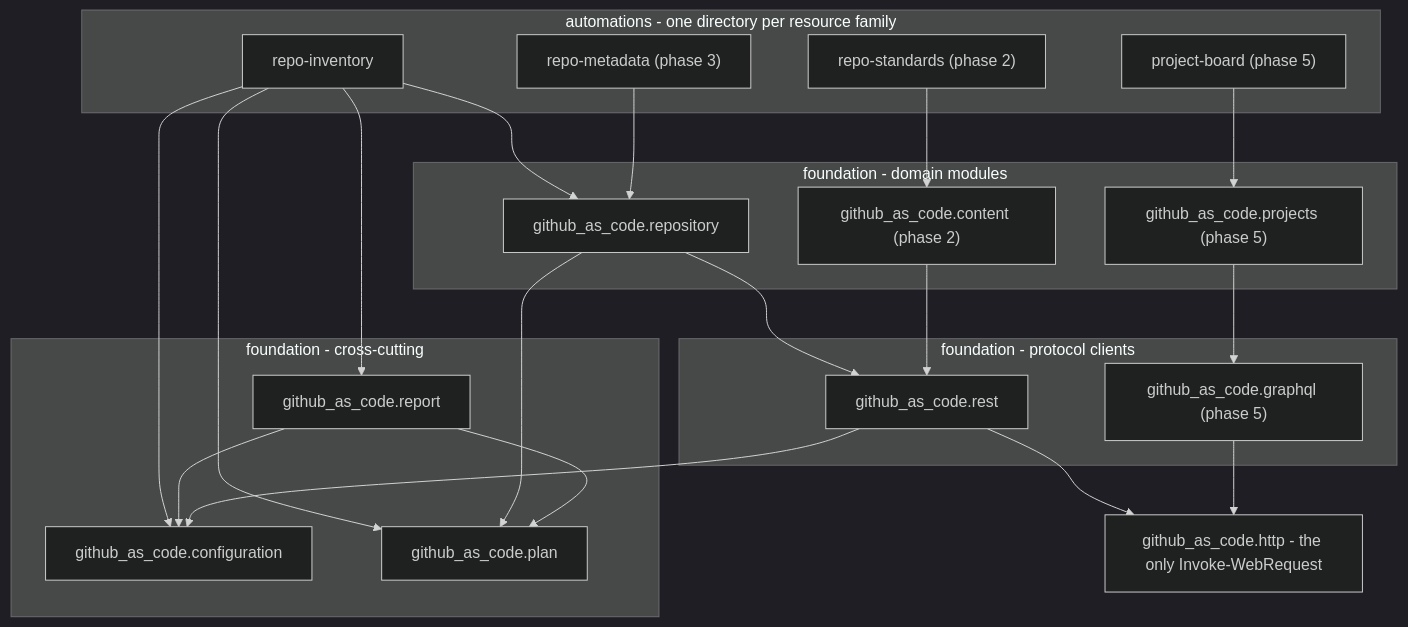
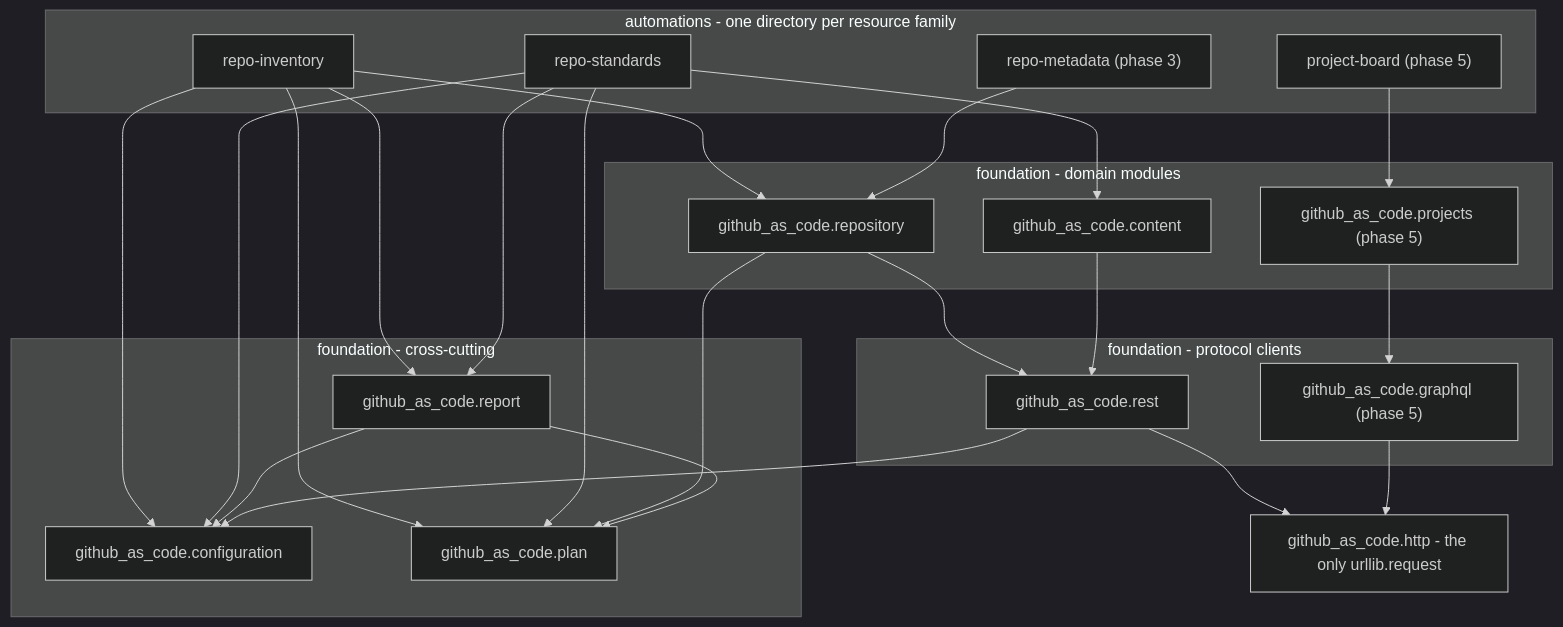
The diagram in docs/reference/architecture.md (nehemias1999/GitHub_AsCode), drawn with Mermaid (dark theme) before and after one commit. The commit also changed other lines of this file and 28 other files, not shown here.

````diff
--- a/docs/reference/architecture.md
+++ b/docs/reference/architecture.md
@@ -24,41 +24,44 @@
 ```mermaid
 flowchart TD
     subgraph entry [automations - one directory per resource family]
         RI[repo-inventory]
-        RS["repo-standards (phase 2)"]
+        RS[repo-standards]
         RM["repo-metadata (phase 3)"]
         PB["project-board (phase 5)"]
     end
     subgraph domain [foundation - domain modules]
         REPO[github_as_code.repository]
-        CONT["github_as_code.content (phase 2)"]
+        CONT[github_as_code.content]
         PROJ["github_as_code.projects (phase 5)"]
     end
     subgraph client [foundation - protocol clients]
         REST[github_as_code.rest]
         GQL["github_as_code.graphql (phase 5)"]
     end
     subgraph cross [foundation - cross-cutting]
         CF[github_as_code.configuration]
         PL[github_as_code.plan]
         RP[github_as_code.report]
     end
-    HTTP["github_as_code.http - the only Invoke-WebRequest"]
+    HTTP["github_as_code.http - the only urllib.request"]
 
     RI --> REPO
     RS --> CONT
     RM --> REPO
     PB --> PROJ
     RI --> PL
     RI --> RP
     RI --> CF
+    RS --> PL
+    RS --> RP
+    RS --> CF
     REPO --> REST
     REPO --> PL
     CONT --> REST
     PROJ --> GQL
     RP --> PL
     RP --> CF
     REST --> CF
     REST --> HTTP
     GQL --> HTTP
 ```
````
